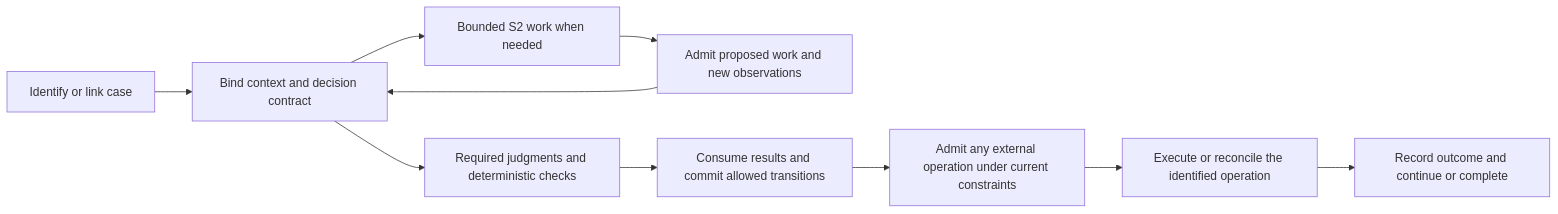
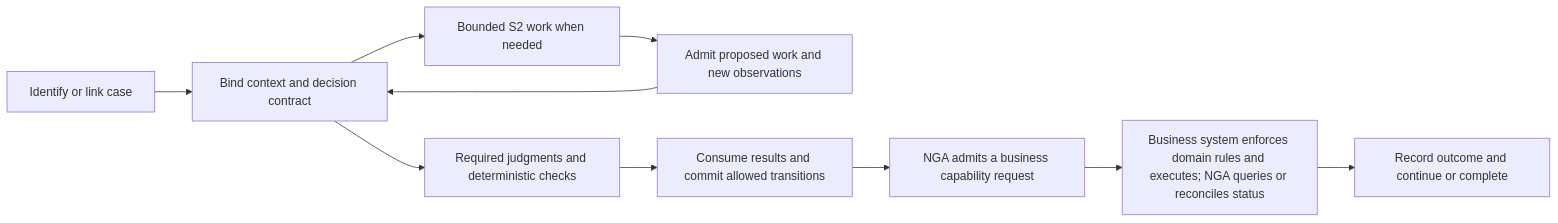
One commit to chaosxingxc-orion/nga changed the diagram in achitecture design/18-framework-core-and-case-coverage.md. Above: the diagram before and after it, drawn with Mermaid. The commit also changed other lines of this file and 5 other files, not shown here.

Commit message:
docs: define NGA business capability boundary and retain IT system authority

````diff
--- a/achitecture design/18-framework-core-and-case-coverage.md
+++ b/achitecture design/18-framework-core-and-case-coverage.md
@@ -78,12 +80,12 @@
 ```mermaid
 flowchart LR
     C["Identify or link case"] --> B["Bind context and decision contract"]
     B --> J["Required judgments and deterministic checks"]
     B --> S["Bounded S2 work when needed"]
     S --> P["Admit proposed work and new observations"]
     P --> B
     J --> A["Consume results and commit allowed transitions"]
-    A --> X["Admit any external operation under current constraints"]
-    X --> E["Execute or reconcile the identified operation"]
+    A --> X["NGA admits a business capability request"]
+    X --> E["Business system enforces domain rules and executes; NGA queries or reconciles status"]
     E --> R["Record outcome and continue or complete"]
 ```
````
